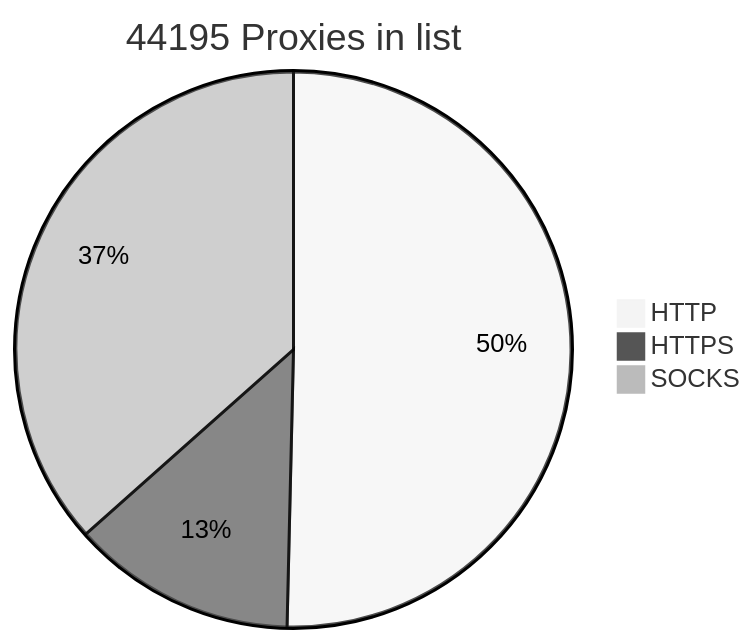
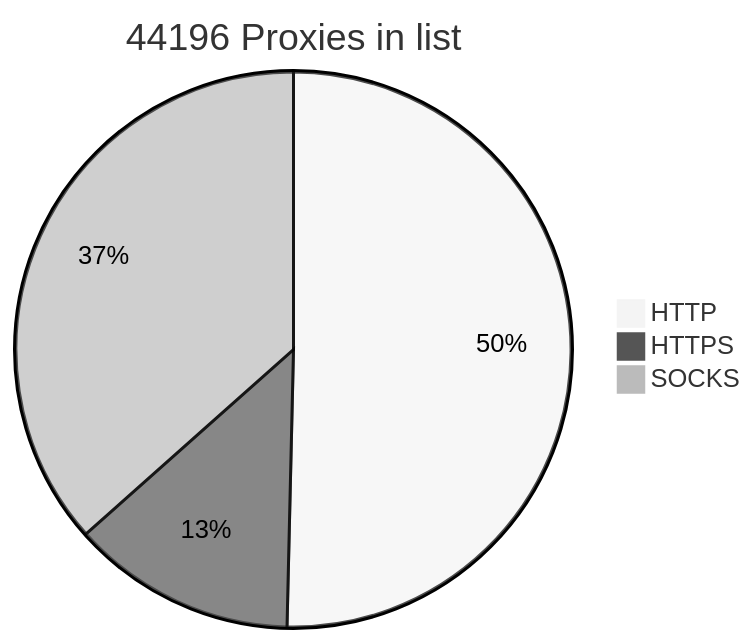
Before and after one commit to BlackSnowDot/proxylist-update-every-minute: the diagram in README.md, drawn with Mermaid (neutral theme).

````diff
--- a/README.md
+++ b/README.md
@@ -2,6 +2,6 @@
 ```mermaid
-pie title 44195 Proxies in list
-    "HTTP" : 24832
-    "HTTPS": 6442
+pie title 44196 Proxies in list
+    "HTTP" : 24833
+    "HTTPS": 6441
     "SOCKS" : 18025
 ```
````
